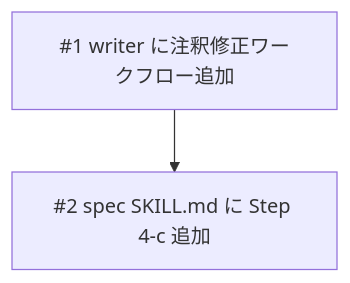
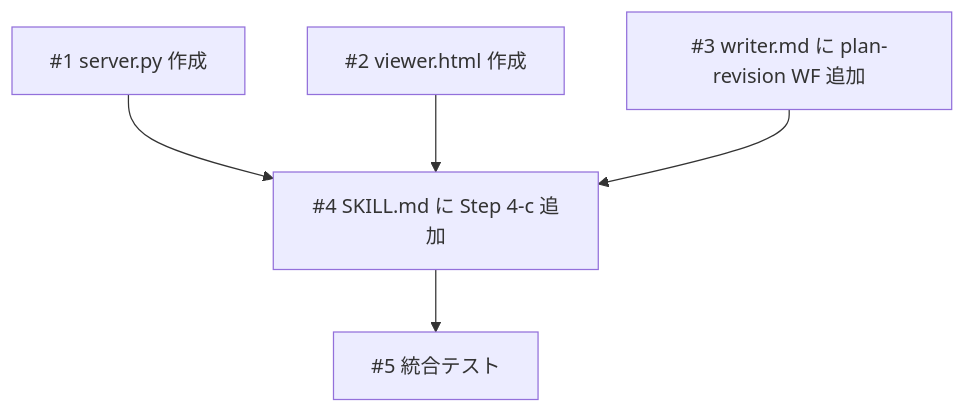
One commit to 884js/spec-flow changed the diagram in docs/plans/annotation-cycle/plan.md. Above: the diagram before and after it, drawn with Mermaid. The commit also changed other lines of this file and 6 other files, not shown here.

````diff
--- a/docs/plans/annotation-cycle/plan.md
+++ b/docs/plans/annotation-cycle/plan.md
@@ -67,4 +122,7 @@
 ```mermaid
 graph TD
-    T1["#1 writer に注釈修正ワークフロー追加"] --> T2["#2 spec SKILL.md に Step 4-c 追加"]
+    T1["#1 server.py 作成"] --> T4["#4 SKILL.md に Step 4-c 追加"]
+    T2["#2 viewer.html 作成"] --> T4
+    T3["#3 writer.md に plan-revision WF 追加"] --> T4
+    T4 --> T5["#5 統合テスト"]
 ```
````
